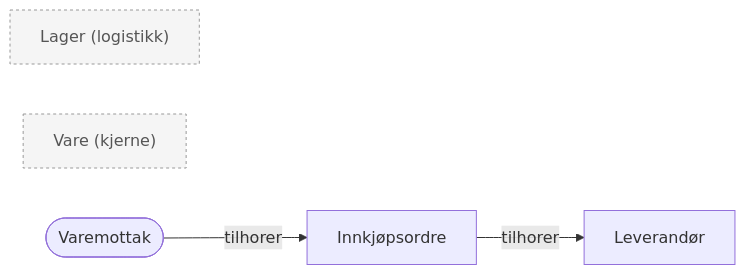
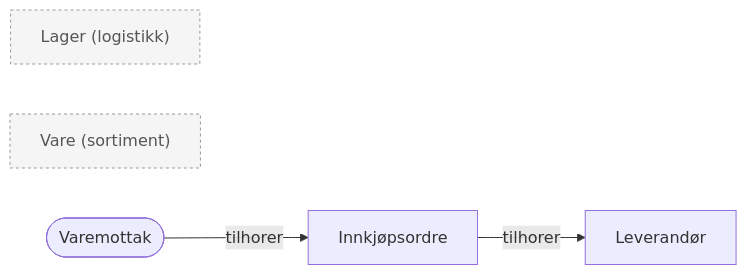
The third of 7 diagrams in katalog/OVERSIKT.md (knutasm/concept-graph), drawn with Mermaid before and after one commit. The commit also changed other lines of this file and 39 other files, not shown here.

````diff
--- a/katalog/OVERSIKT.md
+++ b/katalog/OVERSIKT.md
@@ -34,12 +51,12 @@
 ```mermaid
 flowchart LR
     innkjopsordre["Innkjøpsordre"]
     lager["Lager (logistikk)"]
     leverandor["Leverandør"]
-    vare["Vare (kjerne)"]
+    vare["Vare (sortiment)"]
     varemottak(["Varemottak"])
     innkjopsordre -->|tilhorer| leverandor
     varemottak -->|tilhorer| innkjopsordre
     classDef ekstern fill:#f5f5f5,stroke:#999,color:#555,stroke-dasharray:3 3
     class lager,vare ekstern
 ```
````
